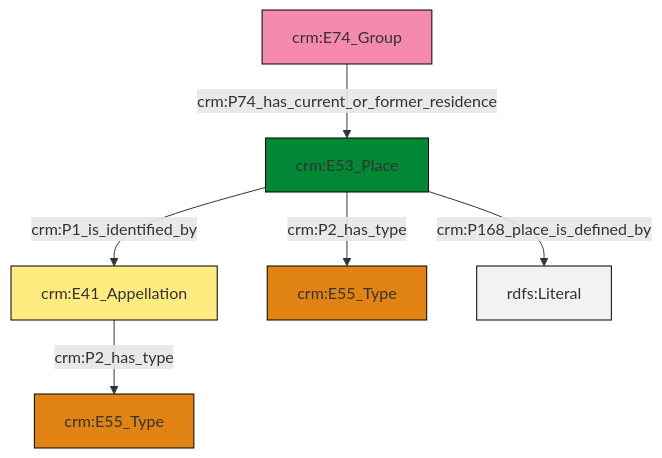
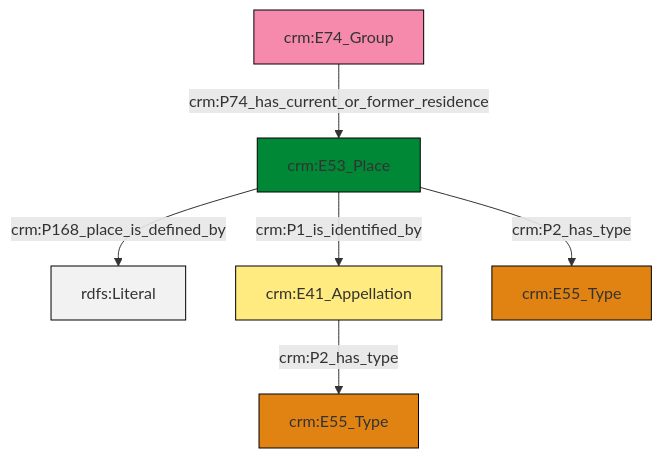
Before and after one commit to swiss-art-research-net/docs.swissartresearch: the diagram in et/groupCSV/ttl/mmd/group_location.ttl.mmd, drawn with Mermaid. The commit also changed 176 other files, not shown here.

```diff
--- a/et/groupCSV/ttl/mmd/group_location.ttl.mmd
+++ b/et/groupCSV/ttl/mmd/group_location.ttl.mmd
@@ -1,20 +1,20 @@
 graph TD
 classDef Literal fill:#f2f2f2,stroke:#000000;
 classDef CRM_Entity fill:#FFFFFF,stroke:#000000;
 classDef Temporal_Entity fill:#00C9E6, stroke:#000000;
 classDef Type fill:#E18312, stroke:#000000;
 classDef Time-Span fill:#2C9C91, stroke:#000000;
 classDef Appellation fill:#FFEB7F, stroke:#000000;
 classDef Place fill:#008836, stroke:#000000;
 classDef Persistent_Item fill:#B266B2, stroke:#000000;
 classDef Conceptual_Object fill:#FFD700, stroke:#000000;
 classDef Physical_Thing fill:#D2B48C, stroke:#000000;
 classDef Actor fill:#f58aad, stroke:#000000;
 classDef PC_Classes fill:#4ce600, stroke:#000000;
 classDef Multi fill:#cccccc,stroke:#000000;
 
-4["crm:E53_Place"]:::Place -->|crm:P168_place_is_defined_by| 5[rdfs:Literal]:::Literal
-7["crm:E74_Group"]:::Actor -->|crm:P74_has_current_or_former_residence| 4["crm:E53_Place"]:::Place
-4["crm:E53_Place"]:::Place -->|crm:P2_has_type| 2["crm:E55_Type"]:::Type
-0["crm:E41_Appellation"]:::Appellation -->|crm:P2_has_type| 8["crm:E55_Type"]:::Type
-4["crm:E53_Place"]:::Place -->|crm:P1_is_identified_by| 0["crm:E41_Appellation"]:::Appellation
+2["crm:E53_Place"]:::Place -->|crm:P168_place_is_defined_by| 3[rdfs:Literal]:::Literal
+0["crm:E74_Group"]:::Actor -->|crm:P74_has_current_or_former_residence| 2["crm:E53_Place"]:::Place
+2["crm:E53_Place"]:::Place -->|crm:P2_has_type| 9["crm:E55_Type"]:::Type
+2["crm:E53_Place"]:::Place -->|crm:P1_is_identified_by| 4["crm:E41_Appellation"]:::Appellation
+4["crm:E41_Appellation"]:::Appellation -->|crm:P2_has_type| 6["crm:E55_Type"]:::Type
```
